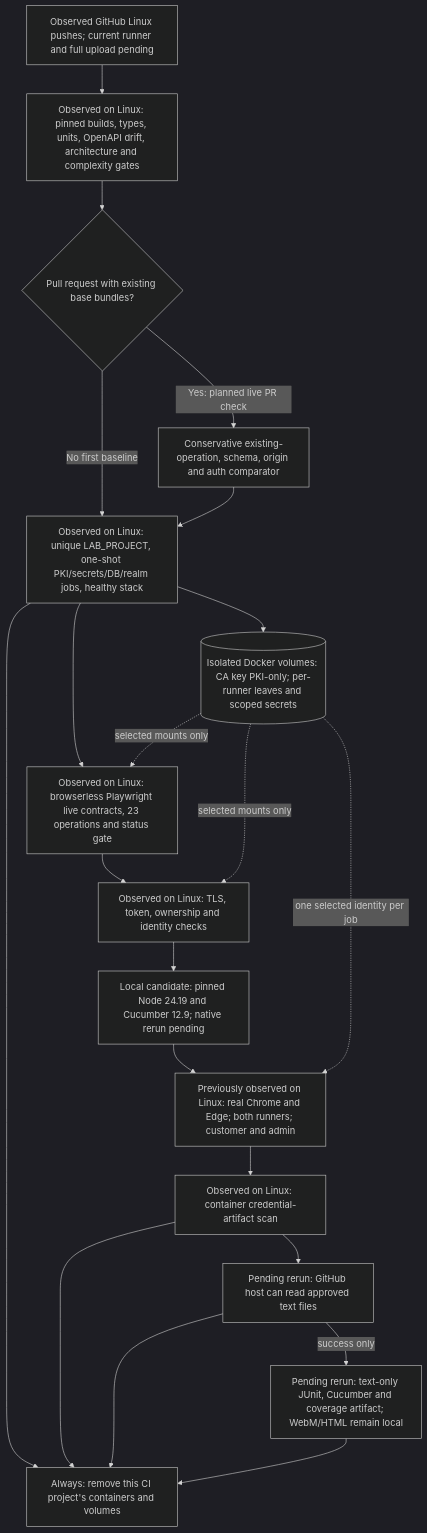
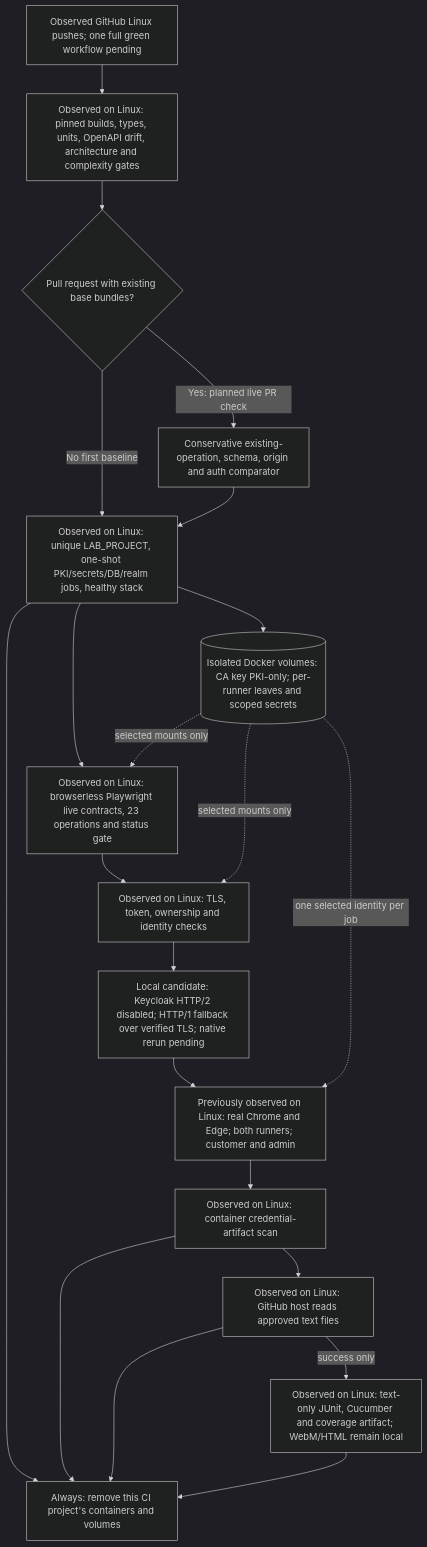
One commit to orieken/testing-with-certs changed the tenth of 18 diagrams in docs/workflows.md. Above: the diagram before and after it, drawn with Mermaid (dark theme). The commit also changed other lines of this file and 10 other files, not shown here.

Commit message:
Keep certificate auth on verified HTTP/1 for CI browsers

````diff
--- a/docs/workflows.md
+++ b/docs/workflows.md
@@ -329,23 +329,23 @@
 ```mermaid
 flowchart TD
-  Trigger["Observed GitHub Linux pushes; current runner and full upload pending"] --> Static["Observed on Linux: pinned builds, types, units, OpenAPI drift, architecture and complexity gates"]
+  Trigger["Observed GitHub Linux pushes; one full green workflow pending"] --> Static["Observed on Linux: pinned builds, types, units, OpenAPI drift, architecture and complexity gates"]
   Static --> Base{"Pull request with existing base bundles?"}
   Base -->|"Yes: planned live PR check"| Compare["Conservative existing-operation, schema, origin and auth comparator"]
   Base -->|"No first baseline"| Compose
   Compare --> Compose["Observed on Linux: unique LAB_PROJECT, one-shot PKI/secrets/DB/realm jobs, healthy stack"]
   Compose --> Certs[("Isolated Docker volumes: CA key PKI-only; per-runner leaves and scoped secrets")]
   Compose --> Contracts["Observed on Linux: browserless Playwright live contracts, 23 operations and status gate"]
   Contracts --> Security["Observed on Linux: TLS, token, ownership and identity checks"]
-  Security --> Candidate["Local candidate: pinned Node 24.19 and Cucumber 12.9; native rerun pending"]
+  Security --> Candidate["Local candidate: Keycloak HTTP/2 disabled; HTTP/1 fallback over verified TLS; native rerun pending"]
   Candidate --> Matrix["Previously observed on Linux: real Chrome and Edge; both runners; customer and admin"]
   Certs -.->|"selected mounts only"| Contracts
   Certs -.->|"selected mounts only"| Security
   Certs -.->|"one selected identity per job"| Matrix
   Matrix --> Scan["Observed on Linux: container credential-artifact scan"]
-  Scan --> Readable["Pending rerun: GitHub host can read approved text files"]
-  Readable -->|"success only"| Upload["Pending rerun: text-only JUnit, Cucumber and coverage artifact; WebM/HTML remain local"]
+  Scan --> Readable["Observed on Linux: GitHub host reads approved text files"]
+  Readable -->|"success only"| Upload["Observed on Linux: text-only JUnit, Cucumber and coverage artifact; WebM/HTML remain local"]
   Compose --> Cleanup["Always: remove this CI project's containers and volumes"]
   Scan --> Cleanup
   Readable --> Cleanup
   Upload --> Cleanup
 ```
````
